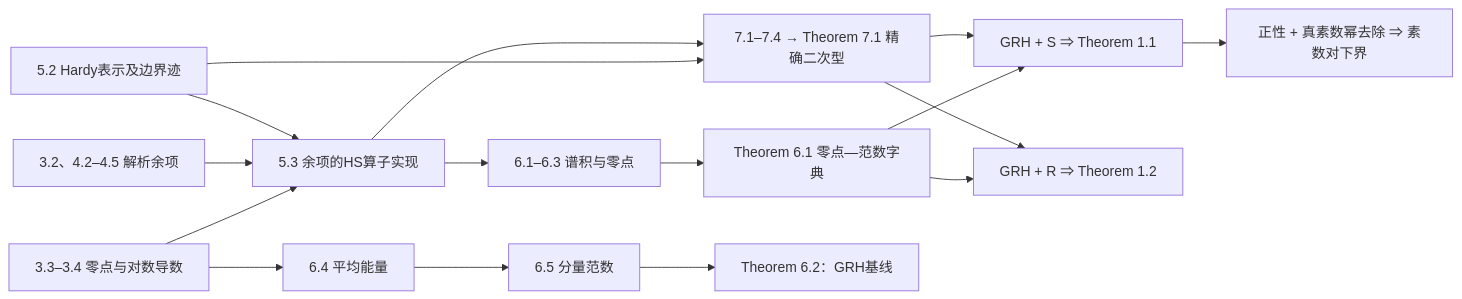
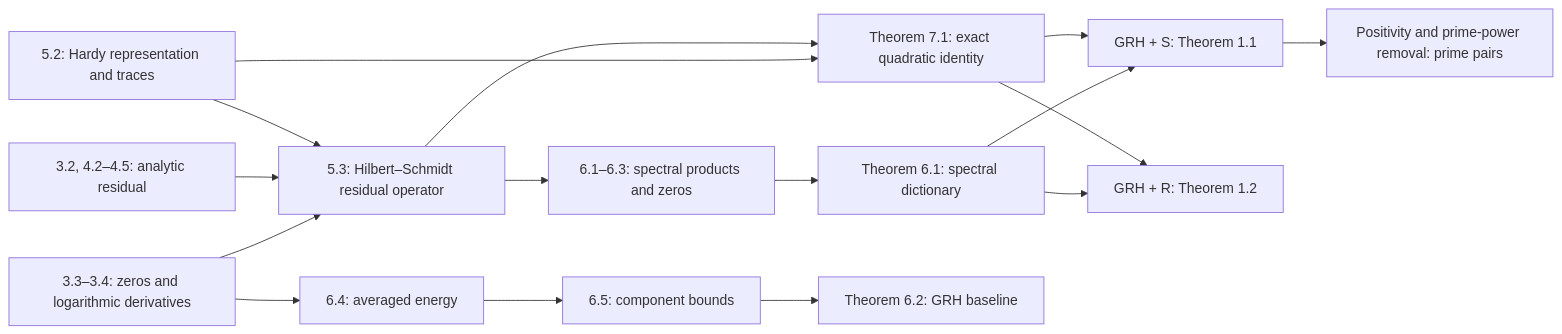
One commit to subfish-zhou/conditional-goldbach-lean changed the diagram in outputs/formalization-preparation/dependency-audit.md. Above: the diagram before and after it, drawn with Mermaid. The commit also changed other lines of this file and 729 other files, not shown here.

````diff
--- a/outputs/formalization-preparation/dependency-audit.md
+++ b/outputs/formalization-preparation/dependency-audit.md
@@ -15,18 +13,18 @@
 ```mermaid
 flowchart LR
-  Z["3.3–3.4 零点与对数导数"] --> H["5.3 余项的HS算子实现"]
-  M["3.2、4.2–4.5 解析余项"] --> H
-  PW["5.2 Hardy表示及边界迹"] --> H
-  H --> SP["6.1–6.3 谱积与零点"]
-  SP --> DI["Theorem 6.1 零点—范数字典"]
-  PW --> Q["7.1–7.4 → Theorem 7.1 精确二次型"]
+  Z["3.3–3.4: zeros and logarithmic derivatives"] --> H["5.3: Hilbert–Schmidt residual operator"]
+  M["3.2, 4.2–4.5: analytic residual"] --> H
+  PW["5.2: Hardy representation and traces"] --> H
+  H --> SP["6.1–6.3: spectral products and zeros"]
+  SP --> DI["Theorem 6.1: spectral dictionary"]
+  PW --> Q["Theorem 7.1: exact quadratic identity"]
   H --> Q
-  DI --> S["GRH + S ⇒ Theorem 1.1"]
+  DI --> S["GRH + S: Theorem 1.1"]
   Q --> S
-  DI --> RR["GRH + R ⇒ Theorem 1.2"]
-  Q --> RR
-  S --> PP["正性 + 真素数幂去除 ⇒ 素数对下界"]
-  Z --> E["6.4 平均能量"]
-  E --> C["6.5 分量范数"]
-  C --> BASE["Theorem 6.2：GRH基线"]
+  DI --> R["GRH + R: Theorem 1.2"]
+  Q --> R
+  S --> PP["Positivity and prime-power removal: prime pairs"]
+  Z --> E["6.4: averaged energy"]
+  E --> C["6.5: component bounds"]
+  C --> BASE["Theorem 6.2: GRH baseline"]
 ```
````
